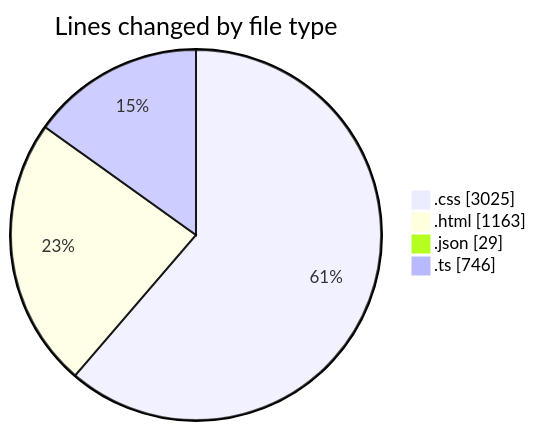
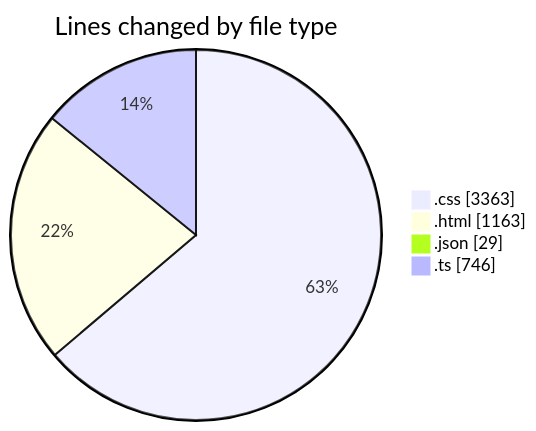
One commit to igalym/code-tracking changed the first of 2 diagrams in 2025-12-30/budget_front_nest/README.md. Above: the diagram before and after it, drawn with Mermaid. The commit also changed other lines of this file and 1 other file, not shown here.

````diff
--- a/2025-12-30/budget_front_nest/README.md
+++ b/2025-12-30/budget_front_nest/README.md
@@ -33,8 +33,8 @@
 ```mermaid
 pie showData
 title Lines changed by file type
-".css" : 3025
+".css" : 3363
 ".html" : 1163
 ".json" : 29
 ".ts" : 746
 ```
````
